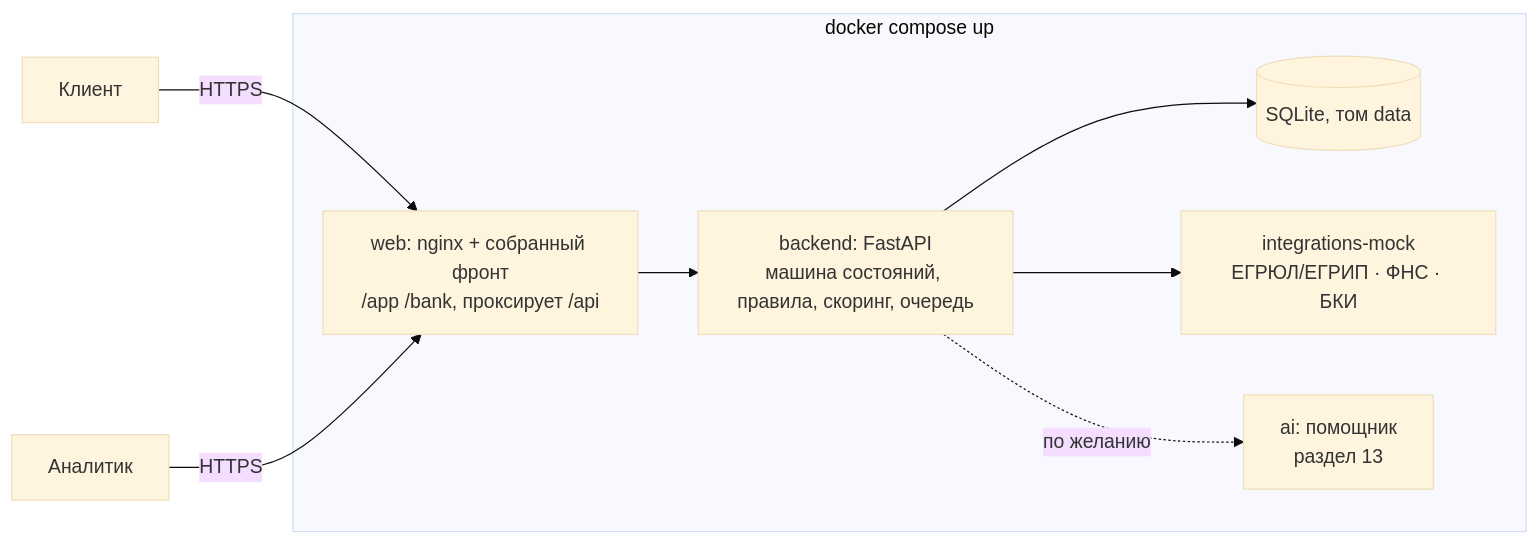
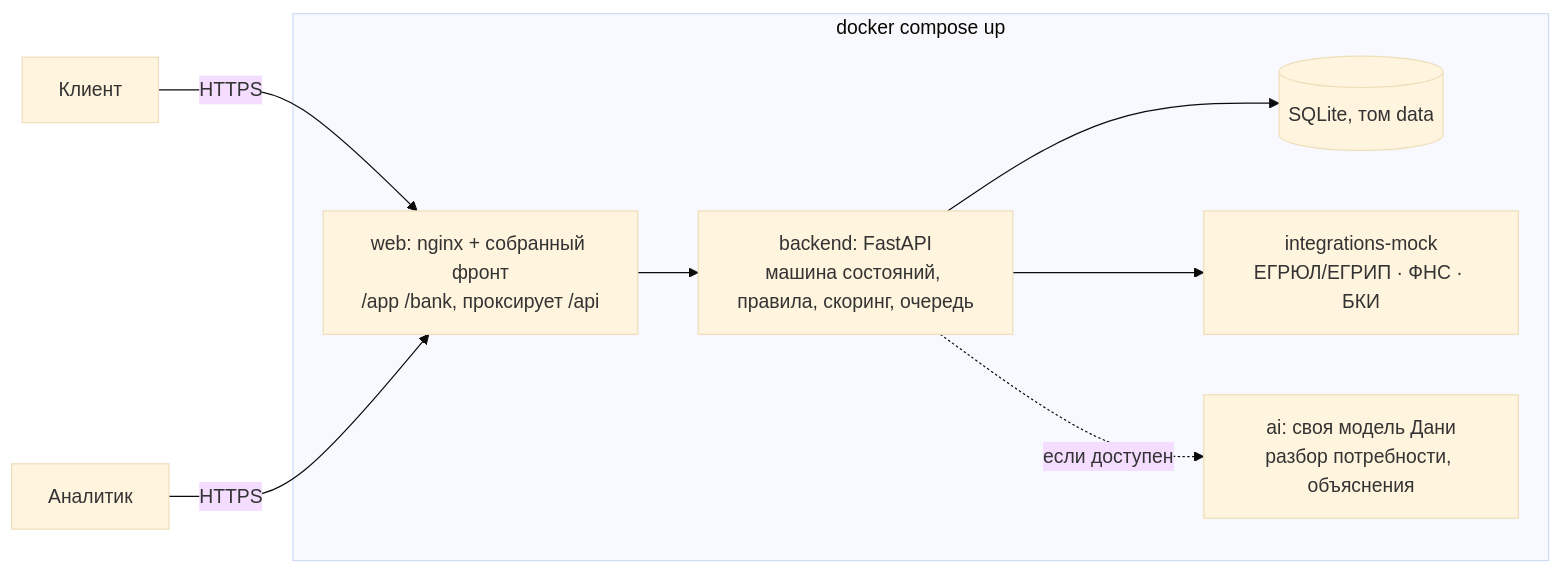
One commit to xrnskew/XRONIX changed the third of 3 diagrams in docs/CONVEYOR.md. Above: the diagram before and after it, drawn with Mermaid (base theme). The commit also changed other lines of this file, not shown here.

First line of the commit message:
docs: своя модель Дани вместо ИИ-помощника, новое распределение раундов

````diff
--- a/docs/CONVEYOR.md
+++ b/docs/CONVEYOR.md
@@ -343,11 +345,11 @@
 ```mermaid
 flowchart LR
     U[Клиент] -->|HTTPS| W
     A[Аналитик] -->|HTTPS| W
     subgraph compose[docker compose up]
       W[web: nginx + собранный фронт<br/>/app /bank, проксирует /api] --> B[backend: FastAPI<br/>машина состояний, правила, скоринг, очередь]
       B --> DB[(SQLite, том data)]
       B --> M[integrations-mock<br/>ЕГРЮЛ/ЕГРИП · ФНС · БКИ]
-      B -. по желанию .-> AI[ai: помощник<br/>раздел 13]
+      B -. если доступен .-> AI[ai: своя модель Дани<br/>разбор потребности, объяснения]
     end
 ```
````
